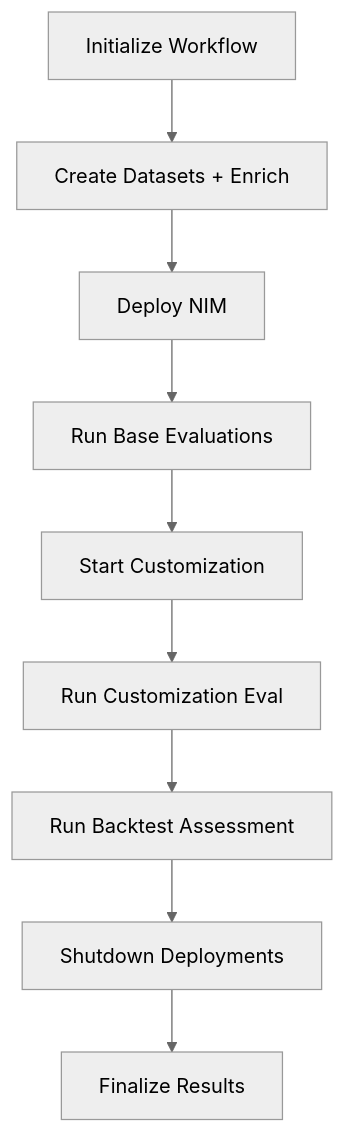
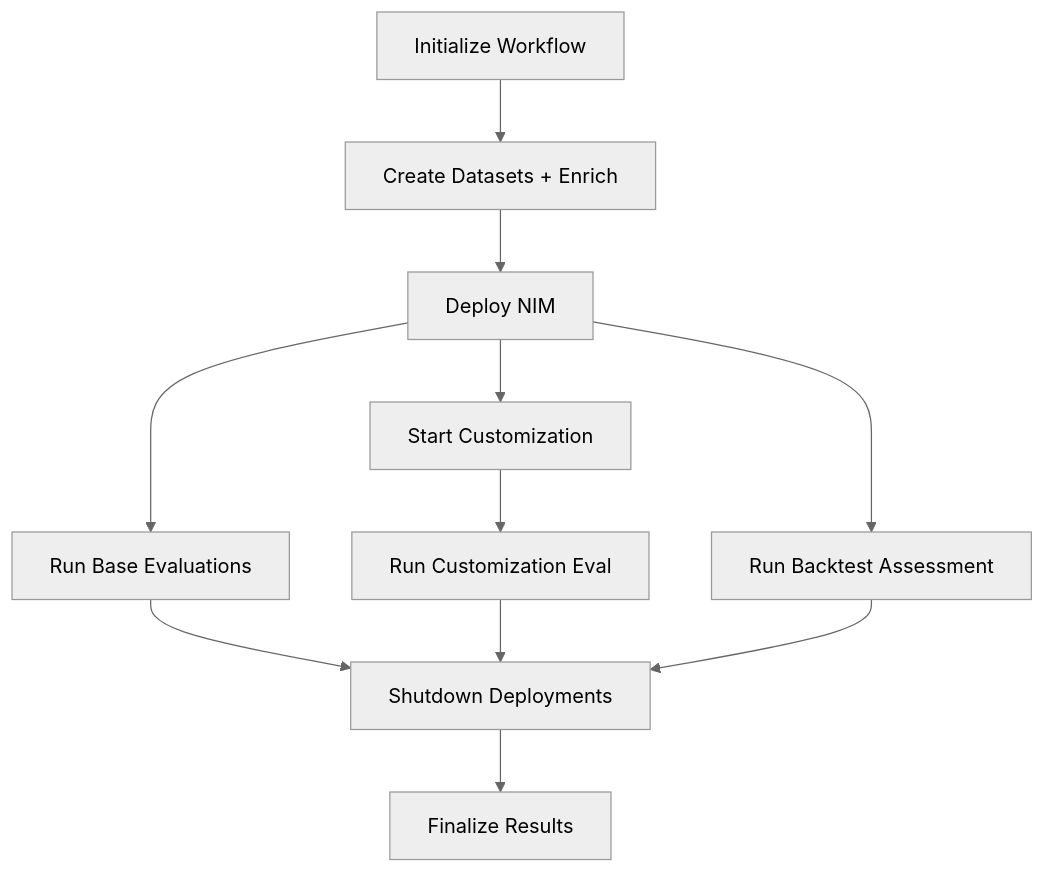
The first of 3 diagrams in ai-model-distillation-for-financial-data/docs/08-workflow-orchestration.md (KxSystems/nvidia-kx-samples), drawn with Mermaid (neutral theme) before and after one commit. The commit also changed other lines of this file and 26 other files, not shown here.

````diff
--- a/ai-model-distillation-for-financial-data/docs/08-workflow-orchestration.md
+++ b/ai-model-distillation-for-financial-data/docs/08-workflow-orchestration.md
@@ -11,11 +11,11 @@
 ```mermaid
 graph TD
     A[Initialize Workflow] --> B[Create Datasets + Enrich]
     B --> C[Deploy NIM]
     C --> D[Run Base Evaluations]
-    D --> E[Start Customization]
+    C --> E[Start Customization]
+    C --> F2[Run Backtest Assessment]
     E --> F[Run Customization Eval]
-    F --> F2[Run Backtest Assessment]
-    F2 --> G[Shutdown Deployments]
+    D & F & F2 --> G[Shutdown Deployments]
     G --> H[Finalize Results]
 ```
````
